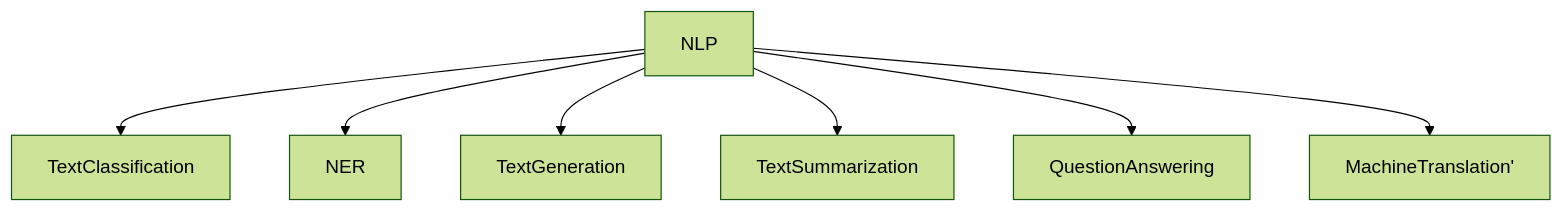
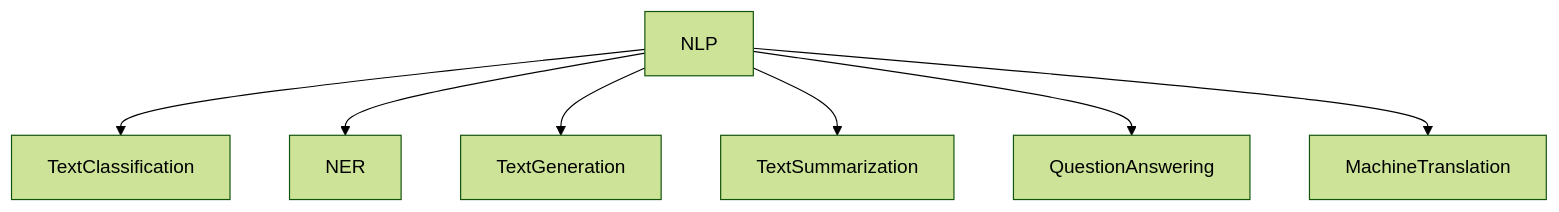
The second of 2 diagrams in README.md (Yuliya-HV/nlp-core), drawn with Mermaid (forest theme) before and after one commit. The commit also changed other lines of this file, not shown here.

````diff
--- a/README.md
+++ b/README.md
@@ -20,9 +22,9 @@
 ```mermaid
   graph TD;
   NLP-->TextClassification;
   NLP-->NER;
   NLP-->TextGeneration;
   NLP-->TextSummarization;
   NLP-->QuestionAnswering;
-  NLP-->MachineTranslation';
+  NLP-->MachineTranslation;
 ```
````
